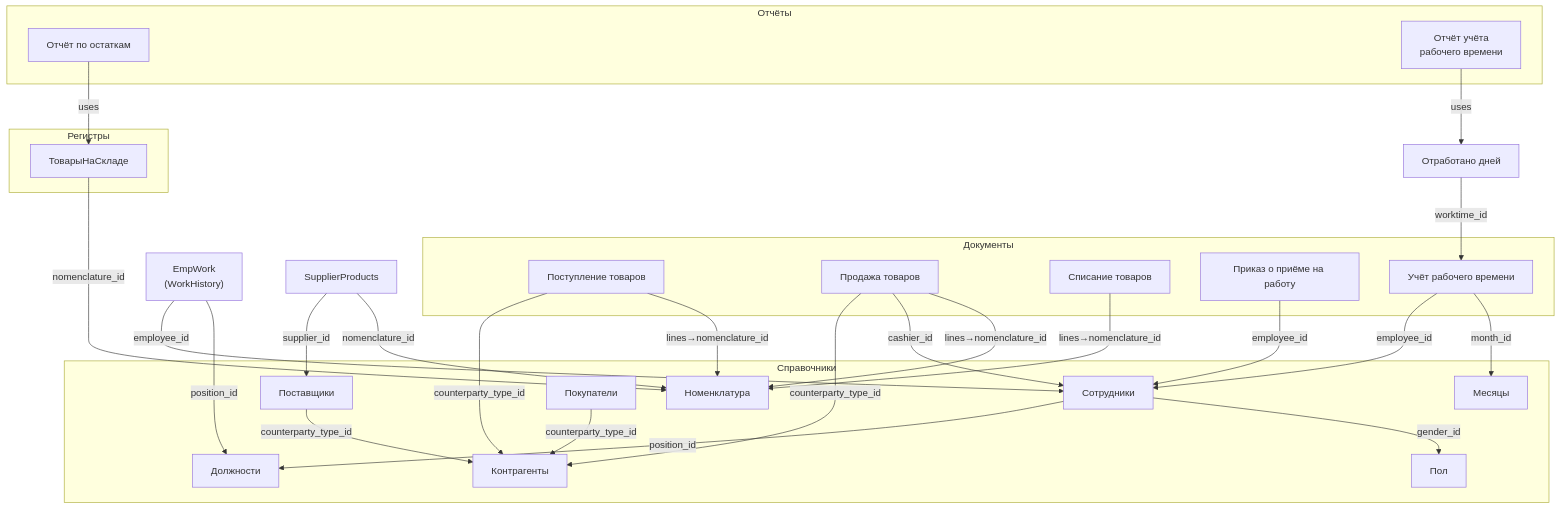
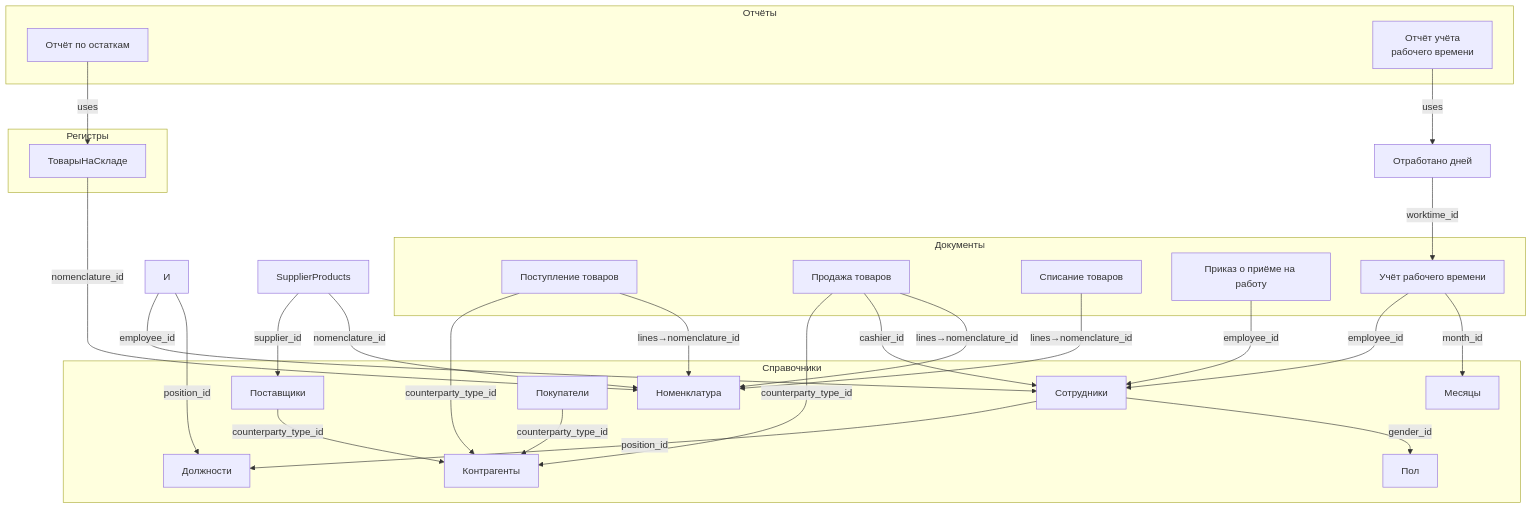
One commit to LAVEREXE/iodraw-files changed the diagram in all/Untitled.md. Above: the diagram before and after it, drawn with Mermaid.

Commit message:
2025-04-29 19:24:02 update

````diff
--- a/all/Untitled.md
+++ b/all/Untitled.md
@@ -1,68 +1,68 @@
 ```mermaid
 graph TD
   %% Подграфы для группировки
   subgraph Справочники
     Emp["Сотрудники"]
     Nom["Номенклатура"]
     Sup["Поставщики"]
     Buy["Покупатели"]
     Pos["Должности"]
     Gen["Пол"]
     Ctp["Контрагенты"]
     Mon["Месяцы"]
   end
 
   subgraph Документы
     GR["Поступление товаров"]
     GS["Продажа товаров"]
     GW["Списание товаров"]
     HO["Приказ о приёме на работу"]
     WT["Учёт рабочего времени"]
   end
 
   subgraph Регистры
     WP["ТоварыНаСкладе"]
   end
 
   subgraph Отчёты
     SR["Отчёт по остаткам"]
     WTR["Отчёт учёта\nрабочего времени"]
   end
 
   %% Связи внутри справочников
   Emp -->|position_id| Pos
   Emp -->|gender_id| Gen
-  EmpWork["EmpWork\n(WorkHistory)"] -->|employee_id| Emp
+  EmpWork["И"] -->|employee_id| Emp
   EmpWork -->|position_id| Pos
 
   SupProd["SupplierProducts"] -->|supplier_id| Sup
   SupProd -->|nomenclature_id| Nom
 
   %% Связи документов со справочниками
   GR -->|counterparty_type_id| Ctp
   GR -->|lines→nomenclature_id| Nom
 
   GS -->|counterparty_type_id| Ctp
   GS -->|cashier_id| Emp
   GS -->|lines→nomenclature_id| Nom
 
   GW -->|lines→nomenclature_id| Nom
 
   HO -->|employee_id| Emp
 
   WT -->|employee_id| Emp
   WT -->|month_id| Mon
   WTDay["Отработано дней"] -->|worktime_id| WT
 
   %% Связи регистра накопления
   WP -->|nomenclature_id| Nom
 
   %% Связи отчётов
   SR -->|uses| WP
   WTR -->|uses| WTDay
 
   %% Дополнительные связи (опционально)
   Sup -->|counterparty_type_id| Ctp
   Buy -->|counterparty_type_id| Ctp
 
 ```
````
